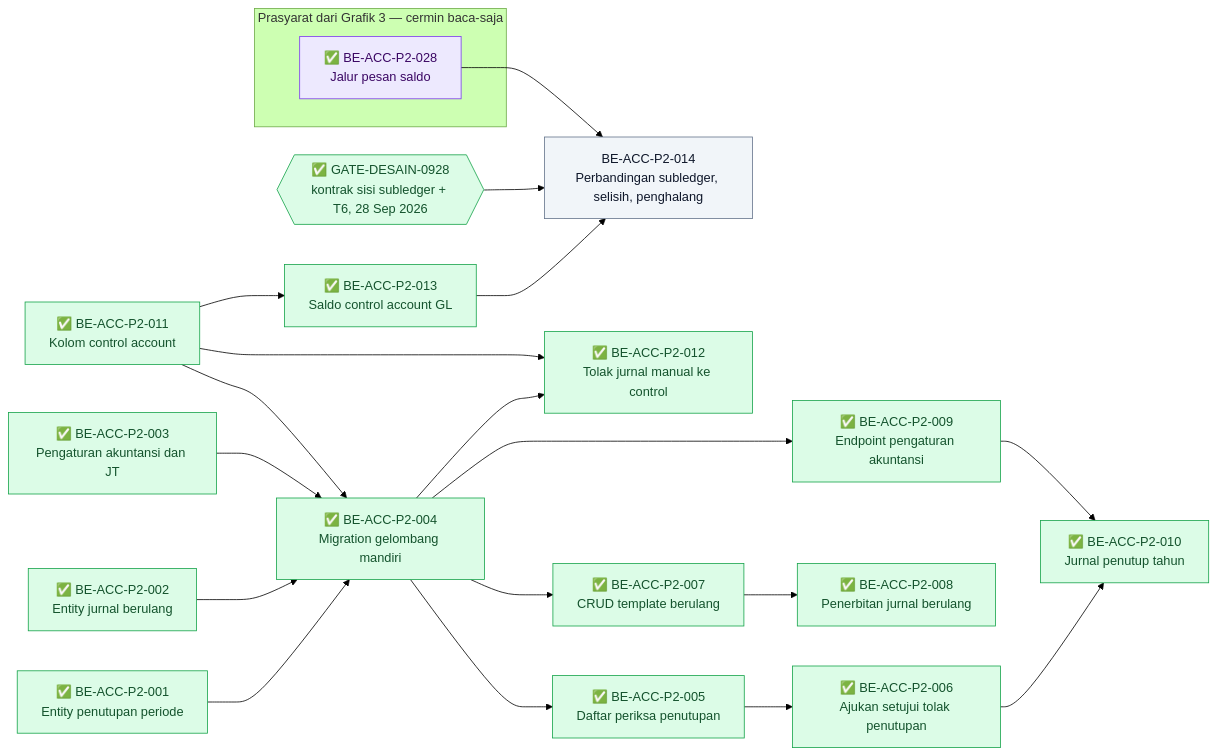
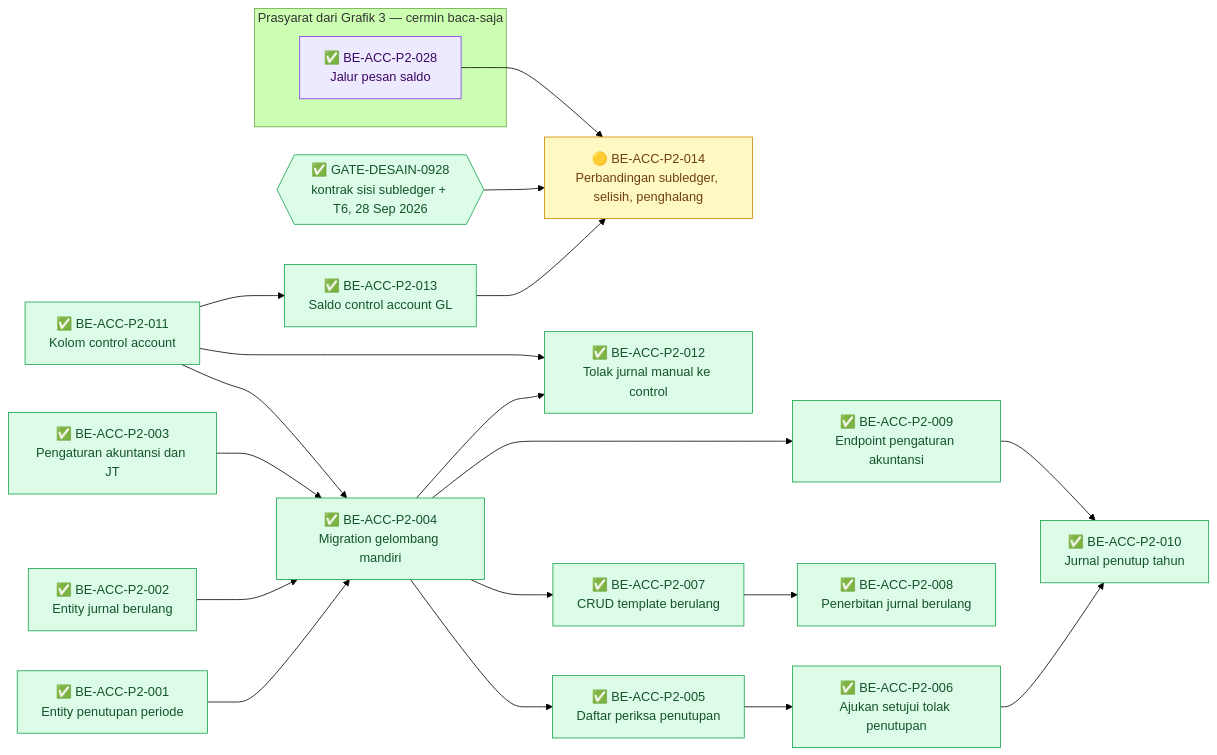
Before and after one commit to DevBenari/NewQuilvianSystemBackend: the second of 5 diagrams in docs/module-blueprints/accounting/roadmap/backend-roadmap-phase2.md, drawn with Mermaid (forest theme). The commit also changed other lines of this file and 12 other files, not shown here.

Commit message:
feat(accounting): BE-ACC-P2-014 rekonsiliasi saldo subledger (source + laporan, menunggu uji)

````diff
--- a/docs/module-blueprints/accounting/roadmap/backend-roadmap-phase2.md
+++ b/docs/module-blueprints/accounting/roadmap/backend-roadmap-phase2.md
@@ -86,45 +86,45 @@
 ```mermaid
 flowchart LR
     classDef selesai fill:#DCFCE7,stroke:#16A34A,color:#14532D
     classDef sebagian fill:#FEF9C3,stroke:#CA8A04,color:#713F12
     classDef terblokir fill:#FEE2E2,stroke:#DC2626,color:#7F1D1D
     classDef belum fill:#F1F5F9,stroke:#64748B,color:#0F172A
     classDef luar fill:#EDE9FE,stroke:#7C3AED,color:#3B0764
 
     BEACCP2001["✅ BE-ACC-P2-001<br/>Entity penutupan periode"]:::selesai
     BEACCP2002["✅ BE-ACC-P2-002<br/>Entity jurnal berulang"]:::selesai
     BEACCP2003["✅ BE-ACC-P2-003<br/>Pengaturan akuntansi dan JT"]:::selesai
     BEACCP2004["✅ BE-ACC-P2-004<br/>Migration gelombang mandiri"]:::selesai
     BEACCP2005["✅ BE-ACC-P2-005<br/>Daftar periksa penutupan"]:::selesai
     BEACCP2006["✅ BE-ACC-P2-006<br/>Ajukan setujui tolak penutupan"]:::selesai
     BEACCP2007["✅ BE-ACC-P2-007<br/>CRUD template berulang"]:::selesai
     BEACCP2008["✅ BE-ACC-P2-008<br/>Penerbitan jurnal berulang"]:::selesai
     BEACCP2009["✅ BE-ACC-P2-009<br/>Endpoint pengaturan akuntansi"]:::selesai
     BEACCP2010["✅ BE-ACC-P2-010<br/>Jurnal penutup tahun"]:::selesai
     BEACCP2011["✅ BE-ACC-P2-011<br/>Kolom control account"]:::selesai
     BEACCP2012["✅ BE-ACC-P2-012<br/>Tolak jurnal manual ke control"]:::selesai
     BEACCP2013["✅ BE-ACC-P2-013<br/>Saldo control account GL"]:::selesai
-    BEACCP2014["BE-ACC-P2-014<br/>Perbandingan subledger, selisih, penghalang"]:::belum
+    BEACCP2014["🟡 BE-ACC-P2-014<br/>Perbandingan subledger, selisih, penghalang"]:::sebagian
     GKONTRAKSUB{{"✅ GATE-DESAIN-0928<br/>kontrak sisi subledger + T6, 28 Sep 2026"}}:::selesai
     subgraph cermin1["Prasyarat dari Grafik 3 — cermin baca-saja"]
         MBEACCP2028["✅ BE-ACC-P2-028<br/>Jalur pesan saldo"]:::luar
     end
 
     BEACCP2001 --> BEACCP2004
     BEACCP2002 --> BEACCP2004
     BEACCP2003 --> BEACCP2004
     BEACCP2011 --> BEACCP2004
     BEACCP2004 --> BEACCP2005
     BEACCP2005 --> BEACCP2006
     BEACCP2004 --> BEACCP2007
     BEACCP2007 --> BEACCP2008
     BEACCP2004 --> BEACCP2009
     BEACCP2006 --> BEACCP2010
     BEACCP2009 --> BEACCP2010
     BEACCP2004 --> BEACCP2012
     BEACCP2011 --> BEACCP2012
     BEACCP2011 --> BEACCP2013
     BEACCP2013 --> BEACCP2014
     MBEACCP2028 --> BEACCP2014
     GKONTRAKSUB --> BEACCP2014
 ```
````
